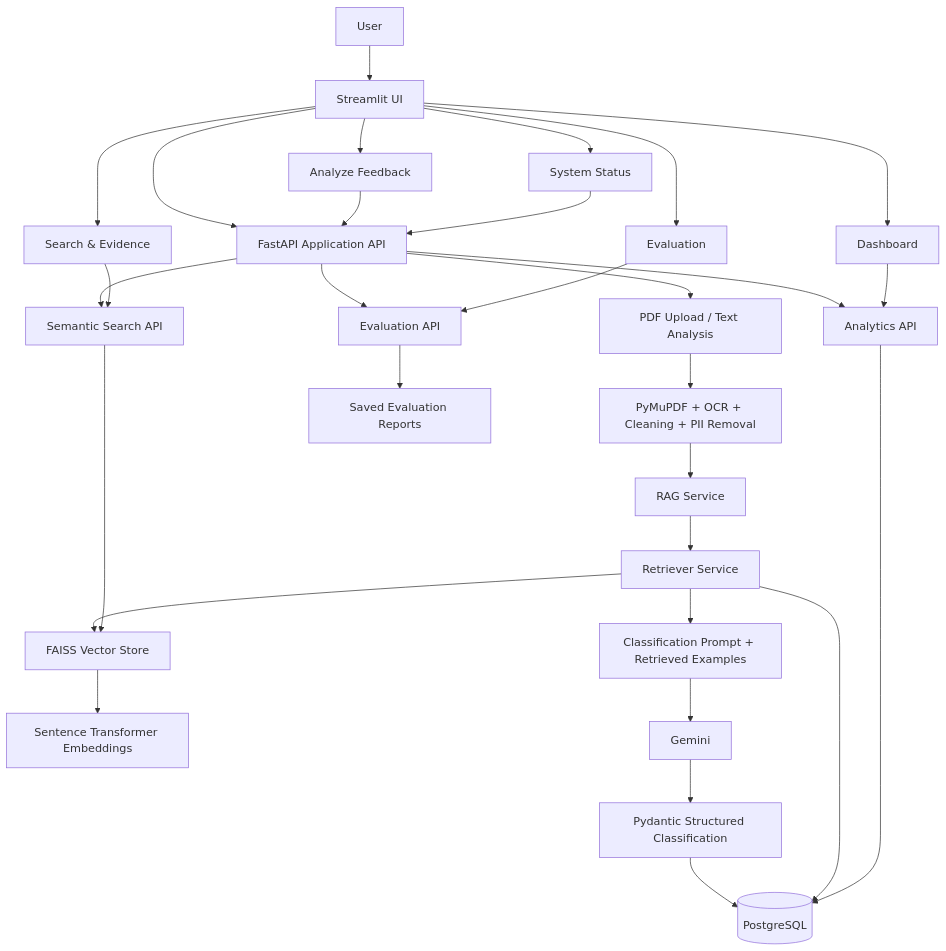
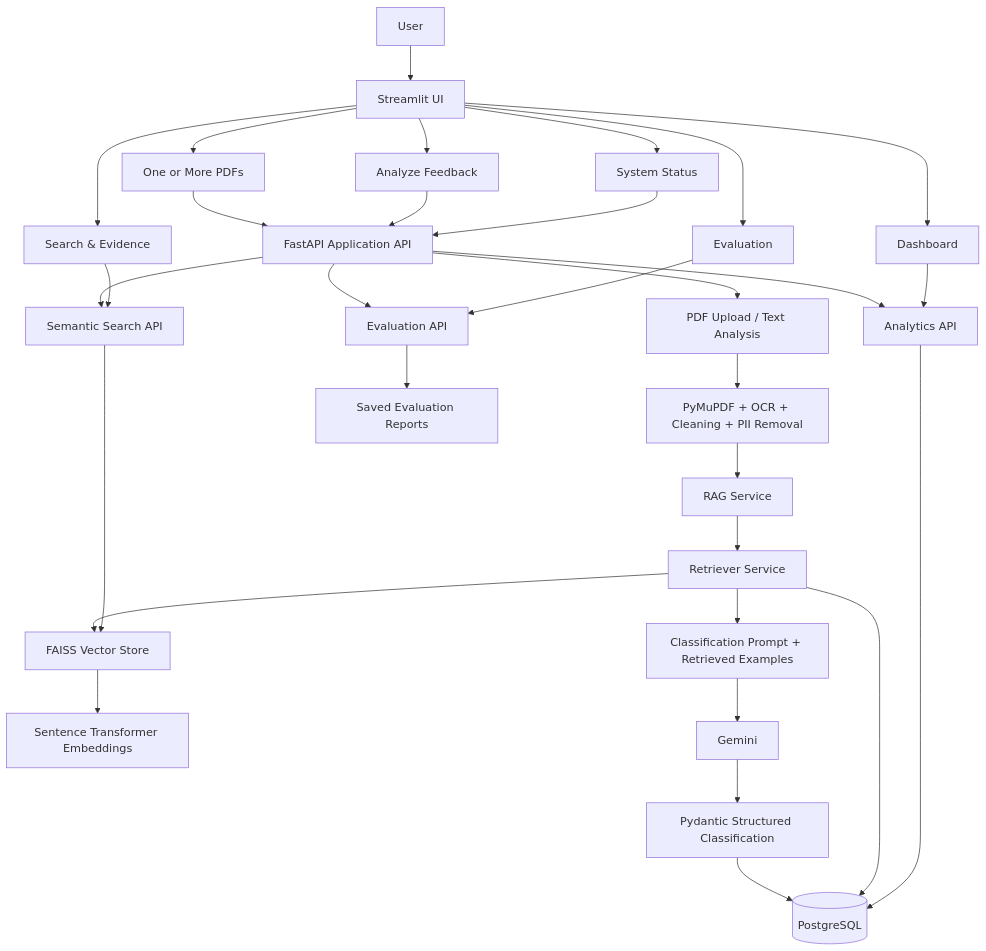
Before and after one commit to krish-027/PulseIQ: the diagram in README.md, drawn with Mermaid. The commit also changed other lines of this file and 5 other files, not shown here.

````diff
--- a/README.md
+++ b/README.md
@@ -163,41 +215,42 @@
 ```mermaid
 flowchart TD
     U[User] --> UI[Streamlit UI]
-    UI --> API[FastAPI Application API]
+    UI --> BATCH[One or More PDFs]
+    BATCH --> API[FastAPI Application API]
 
     API --> UP[PDF Upload / Text Analysis]
     UP --> DOC[PyMuPDF + OCR + Cleaning + PII Removal]
 
     DOC --> RAG[RAG Service]
     RAG --> RET[Retriever Service]
     RET --> FAISS[FAISS Vector Store]
     FAISS --> EMB[Sentence Transformer Embeddings]
 
     RET --> PROMPT[Classification Prompt + Retrieved Examples]
     PROMPT --> GEMINI[Gemini]
     GEMINI --> OUT[Pydantic Structured Classification]
 
     OUT --> DB[(PostgreSQL)]
     RET --> DB
 
     API --> SEARCH[Semantic Search API]
     SEARCH --> FAISS
 
     API --> ANALYTICS[Analytics API]
     ANALYTICS --> DB
 
     API --> EVAL[Evaluation API]
     EVAL --> REPORTS[Saved Evaluation Reports]
 
     UI --> DASH[Dashboard]
     UI --> ANALYSIS[Analyze Feedback]
     UI --> EVIDENCE[Search & Evidence]
     UI --> EVAL_UI[Evaluation]
     UI --> STATUS[System Status]
 
     DASH --> ANALYTICS
     ANALYSIS --> API
     EVIDENCE --> SEARCH
     EVAL_UI --> EVAL
     STATUS --> API
 ```
````
